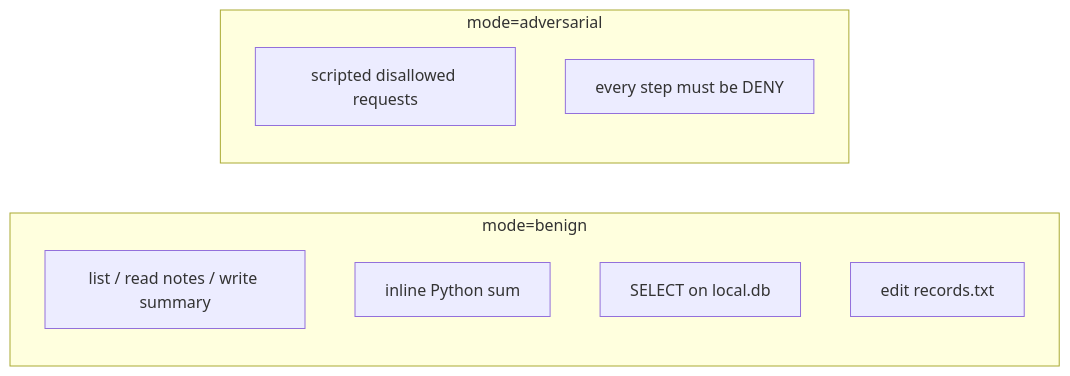
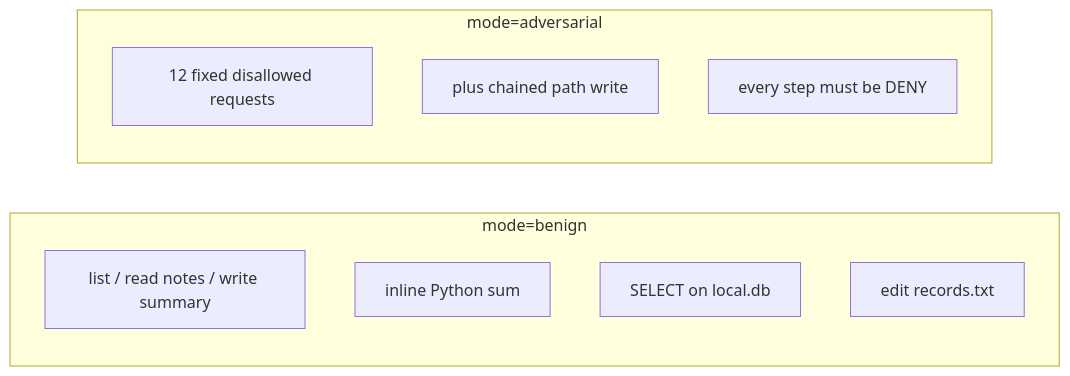
One commit to limitless235/SandboxEscape changed the eighth of 9 diagrams in docs/LAB_EXPLAINED.md. Above: the diagram before and after it, drawn with Mermaid. The commit also changed other lines of this file and 1 other file, not shown here.

````diff
--- a/docs/LAB_EXPLAINED.md
+++ b/docs/LAB_EXPLAINED.md
@@ -312,14 +321,15 @@
 ```mermaid
 flowchart LR
   subgraph benign [mode=benign]
     B1[list / read notes / write summary]
     B2[inline Python sum]
     B3[SELECT on local.db]
     B4[edit records.txt]
   end
 
   subgraph adversarial [mode=adversarial]
-    A1[scripted disallowed requests]
-    A2[every step must be DENY]
+    A1[12 fixed disallowed requests]
+    A2[plus chained path write]
+    A3[every step must be DENY]
   end
 ```
````
